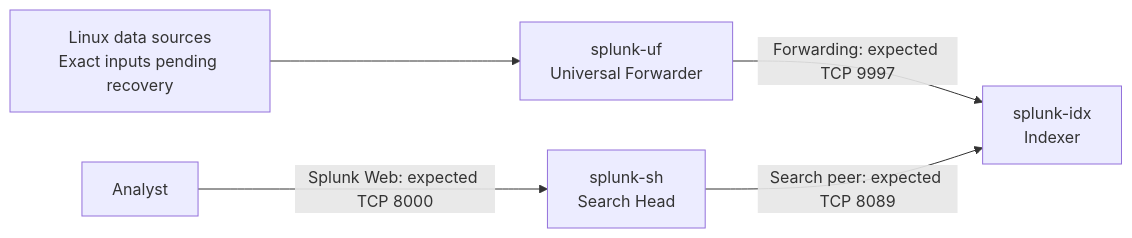
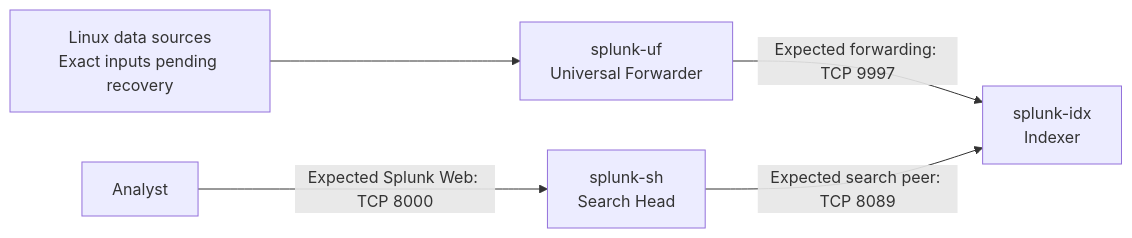
Before and after one commit to Rpravia042/splunk-distributed-lab: the diagram in README.md, drawn with Mermaid. The commit also changed 1 other file, not shown here.

Commit message:
Fix architecture labels and record observed project metadata

````diff
--- a/README.md
+++ b/README.md
@@ -9,7 +9,7 @@
 ```mermaid
 flowchart LR
-    Logs[Linux data sources\nExact inputs pending recovery] --> UF[splunk-uf\nUniversal Forwarder]
-    UF -->|Forwarding: expected TCP 9997| IDX[splunk-idx\nIndexer]
-    SH[splunk-sh\nSearch Head] -->|Search peer: expected TCP 8089| IDX
-    Analyst[Analyst] -->|Splunk Web: expected TCP 8000| SH
+    Logs["Linux data sources<br/>Exact inputs pending recovery"] --> UF["splunk-uf<br/>Universal Forwarder"]
+    UF -->|"Expected forwarding: TCP 9997"| IDX["splunk-idx<br/>Indexer"]
+    SH["splunk-sh<br/>Search Head"] -->|"Expected search peer: TCP 8089"| IDX
+    Analyst["Analyst"] -->|"Expected Splunk Web: TCP 8000"| SH
 ```
````
